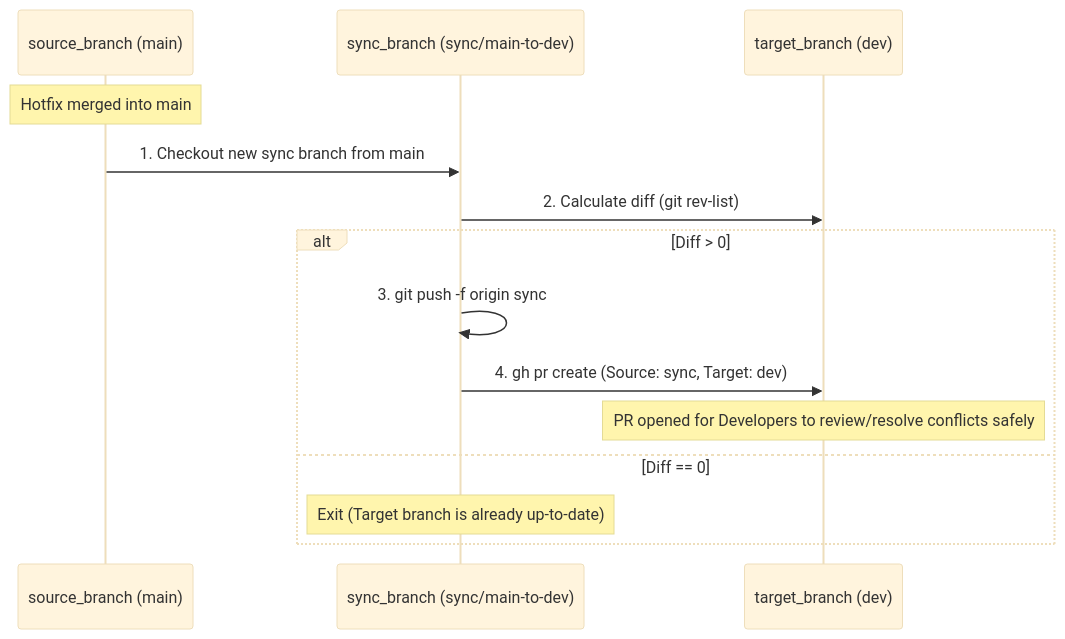
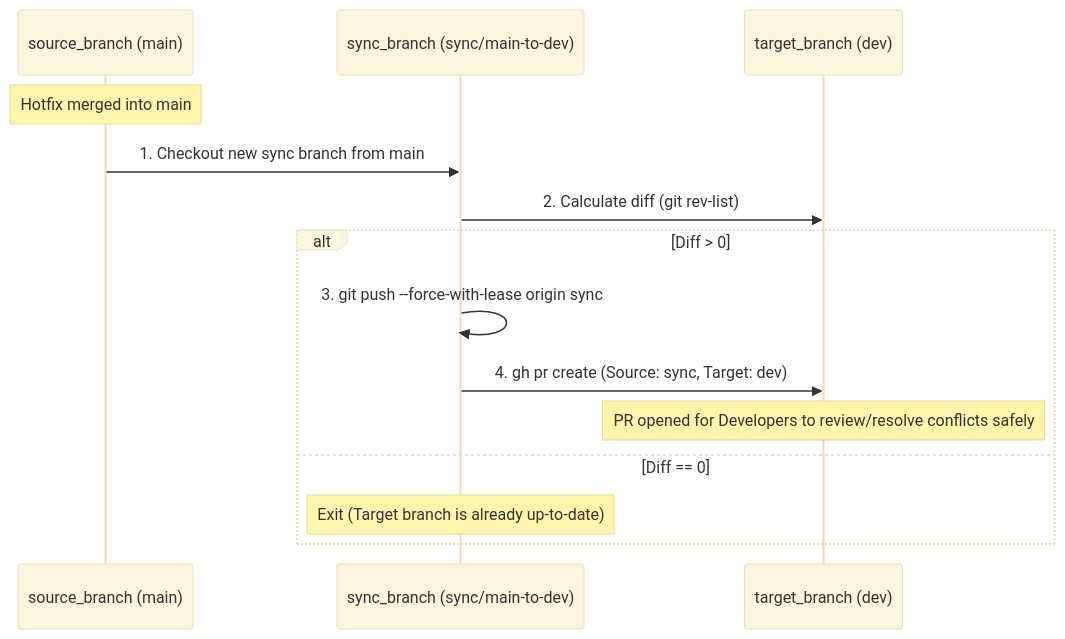
One commit to duyhenryer/shared-workflows changed the diagram in .github/actions/sync-branches/README.md. Above: the diagram before and after it, drawn with Mermaid (base theme). The commit also changed other lines of this file and 1 other file, not shown here.

First line of the commit message:
Harden branch sync action

````diff
--- a/.github/actions/sync-branches/README.md
+++ b/.github/actions/sync-branches/README.md
@@ -14,17 +14,17 @@
 ```mermaid
 sequenceDiagram
     participant Main as source_branch (main)
     participant Sync as sync_branch (sync/main-to-dev)
     participant Dev as target_branch (dev)
     
     note over Main: Hotfix merged into main
     Main->>Sync: 1. Checkout new sync branch from main
     Sync->>Dev: 2. Calculate diff (git rev-list)
     alt Diff > 0
-        Sync->>Sync: 3. git push -f origin sync
+        Sync->>Sync: 3. git push --force-with-lease origin sync
         Sync->>Dev: 4. gh pr create (Source: sync, Target: dev)
         note over Dev: PR opened for Developers to review/resolve conflicts safely
     else Diff == 0
         note over Sync: Exit (Target branch is already up-to-date)
     end
 ```
````
